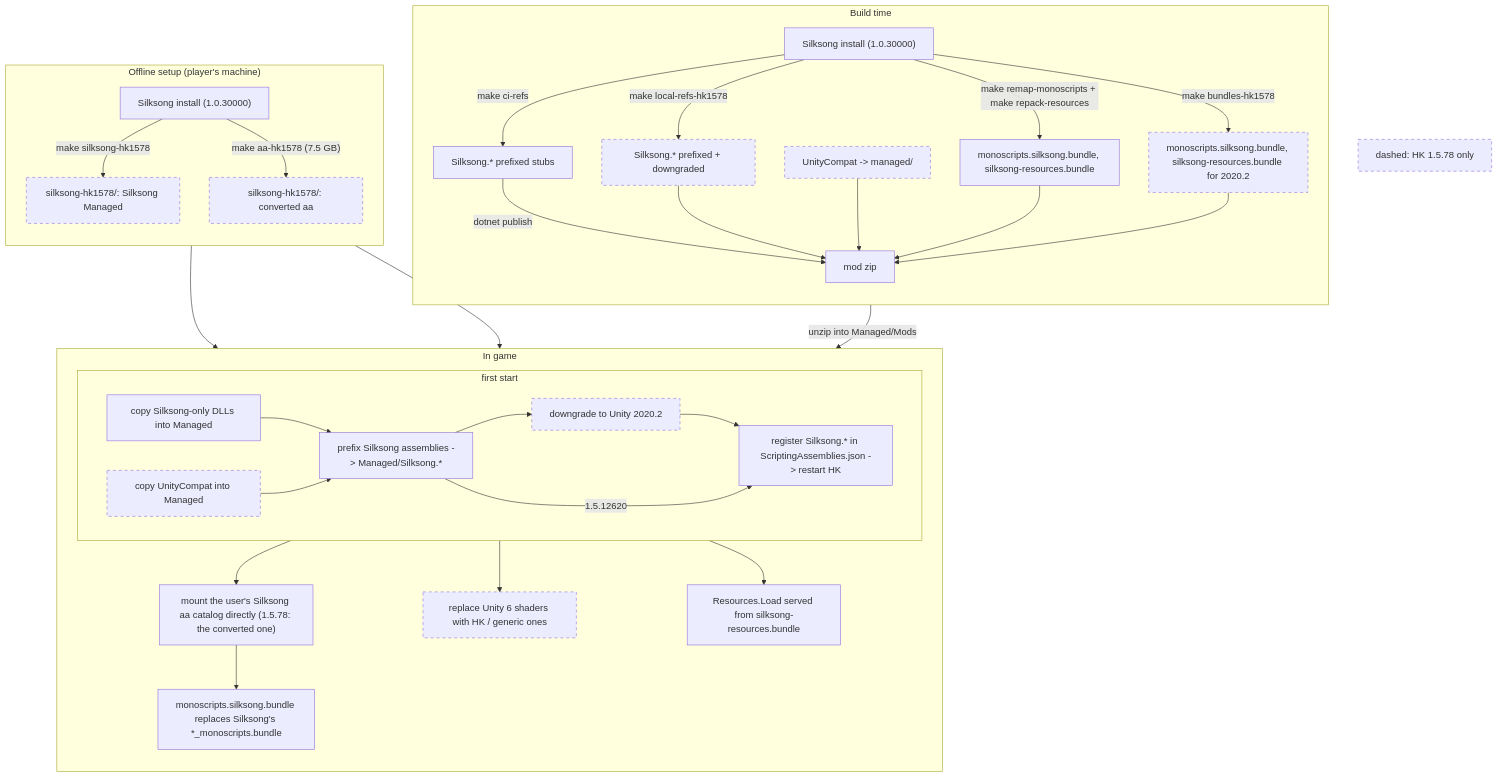
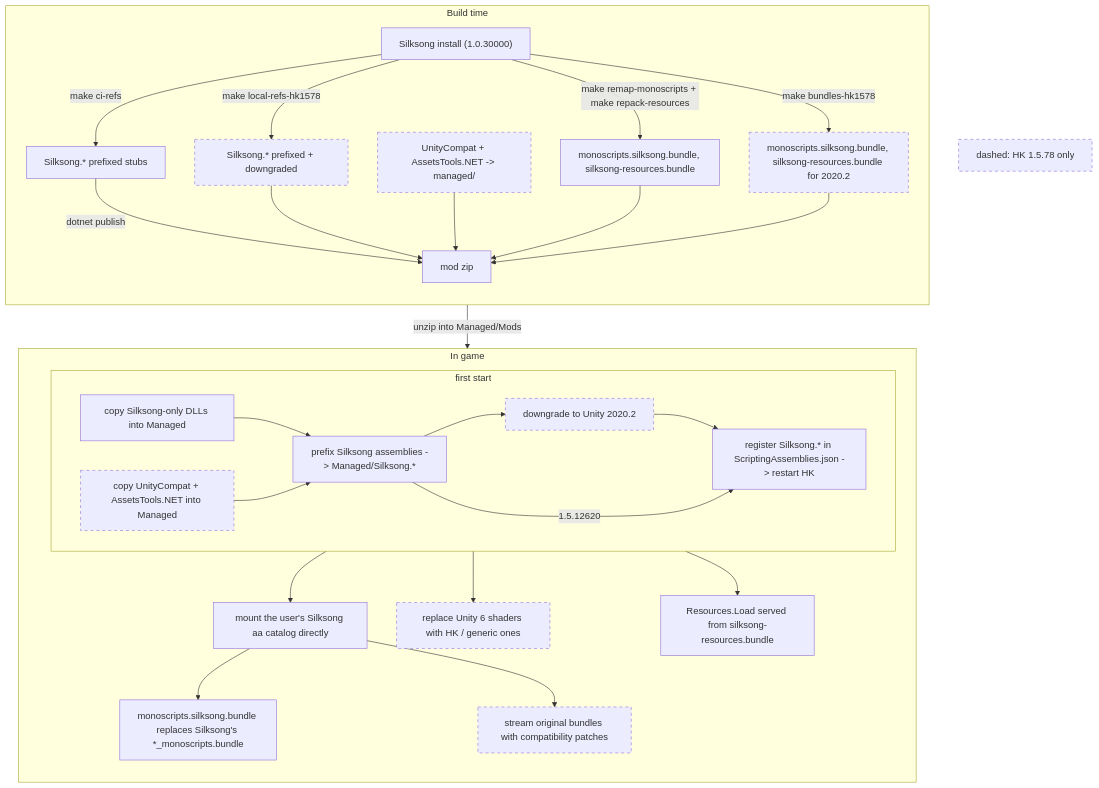
The diagram in docs/asset-pipeline.mmd (jakobhellermann/hkmod-HornetInHallownest), drawn with Mermaid before and after one commit. The commit also changed 13 other files, not shown here.

First line of the commit message:
Translate Unity 6 asset bundles on the fly

```diff
--- a/docs/asset-pipeline.mmd
+++ b/docs/asset-pipeline.mmd
@@ -1,42 +1,37 @@
 flowchart TB
     subgraph Dev["Build time"]
         direction TB
         B1["Silksong install (1.0.30000)"] -->|"make ci-refs"| B2b["Silksong.* prefixed stubs"]
         B1 -->|"make local-refs-hk1578"| B2h["Silksong.* prefixed + downgraded"]:::hk1578
         B1 -->|"make remap-monoscripts + make repack-resources"| B2c["monoscripts.silksong.bundle, silksong-resources.bundle"]
         B1 -->|"make bundles-hk1578"| B2ch["monoscripts.silksong.bundle, silksong-resources.bundle for 2020.2"]:::hk1578
         B2b -->|"dotnet publish"| B3["mod zip"]
         B2h --> B3
-        B2s["UnityCompat -> managed/"]:::hk1578 --> B3
+        B2s["UnityCompat + AssetsTools.NET -> managed/"]:::hk1578 --> B3
         B2c --> B3
         B2ch --> B3
-    end
-    subgraph Setup["Offline setup (player's machine)"]
-        direction TB
-        S1["Silksong install (1.0.30000)"] -->|"make silksong-hk1578"| S2["silksong-hk1578/: Silksong Managed"]:::hk1578
-        S1 -->|"make aa-hk1578 (7.5 GB)"| S3["silksong-hk1578/: converted aa"]:::hk1578
     end
     subgraph RT["In game"]
         direction TB
         subgraph First["first start"]
             R5["copy Silksong-only DLLs into Managed"] --> R6["prefix Silksong assemblies -> Managed/Silksong.*"]
-            R5b["copy UnityCompat into Managed"]:::hk1578 --> R6
+            R5b["copy UnityCompat + AssetsTools.NET into Managed"]:::hk1578 --> R6
             R6 --> R6b["downgrade to Unity 2020.2"]:::hk1578
             R6b --> R7["register Silksong.* in ScriptingAssemblies.json -> restart HK"]
             R6 -->|"1.5.12620"| R7
         end
-        R8["mount the user's Silksong aa catalog directly (1.5.78: the converted one)"]
+        R8["mount the user's Silksong aa catalog directly"]
+        R8b["stream original bundles with compatibility patches"]:::hk1578
         R9["monoscripts.silksong.bundle replaces Silksong's *_monoscripts.bundle"]
         R10["Resources.Load served from silksong-resources.bundle"]
         R11["replace Unity 6 shaders with HK / generic ones"]:::hk1578
         First --> R8
         R8 --> R9
+        R8 --> R8b
         First --> R11
         First --> R10
     end
     B3 -->|"unzip into Managed/Mods"| RT
-    S2 --> First
-    S3 --> R8
     L["dashed: HK 1.5.78 only"]:::hk1578
 
     classDef hk1578 stroke-dasharray: 5 5
```
